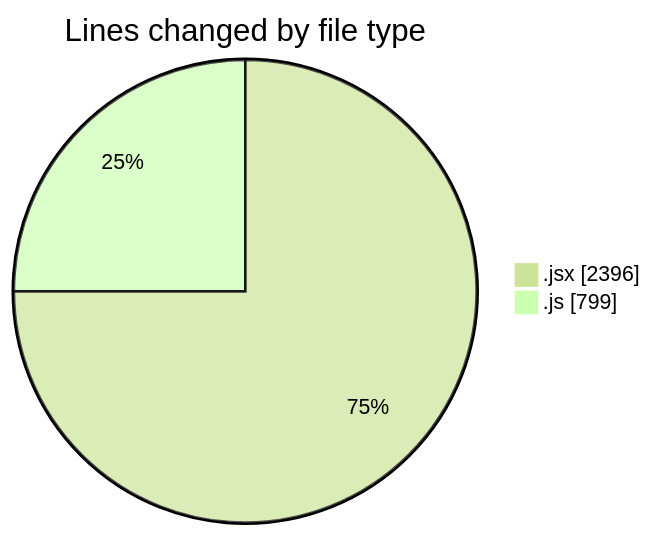
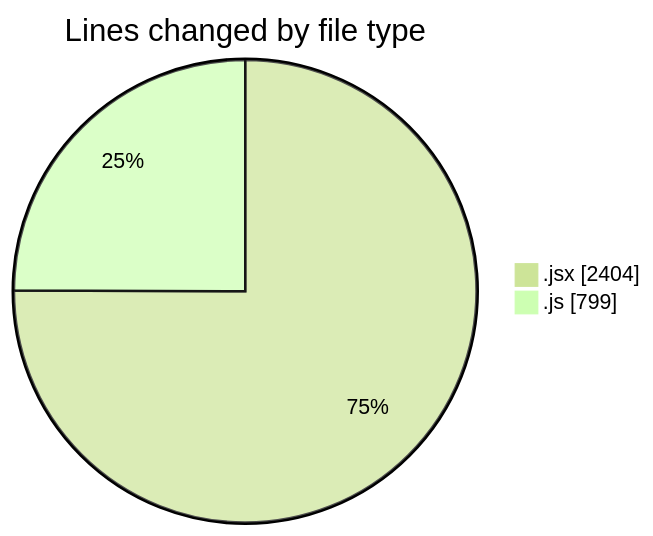
One commit to nxtqubesakshisongat/code-tracking changed the first of 2 diagrams in 2025-07-14/argos/README.md. Above: the diagram before and after it, drawn with Mermaid (forest theme). The commit also changed other lines of this file and 1 other file, not shown here.

````diff
--- a/2025-07-14/argos/README.md
+++ b/2025-07-14/argos/README.md
@@ -24,6 +24,6 @@
 ```mermaid
 pie showData
 title Lines changed by file type
-".jsx" : 2396
+".jsx" : 2404
 ".js" : 799
 ```
````
